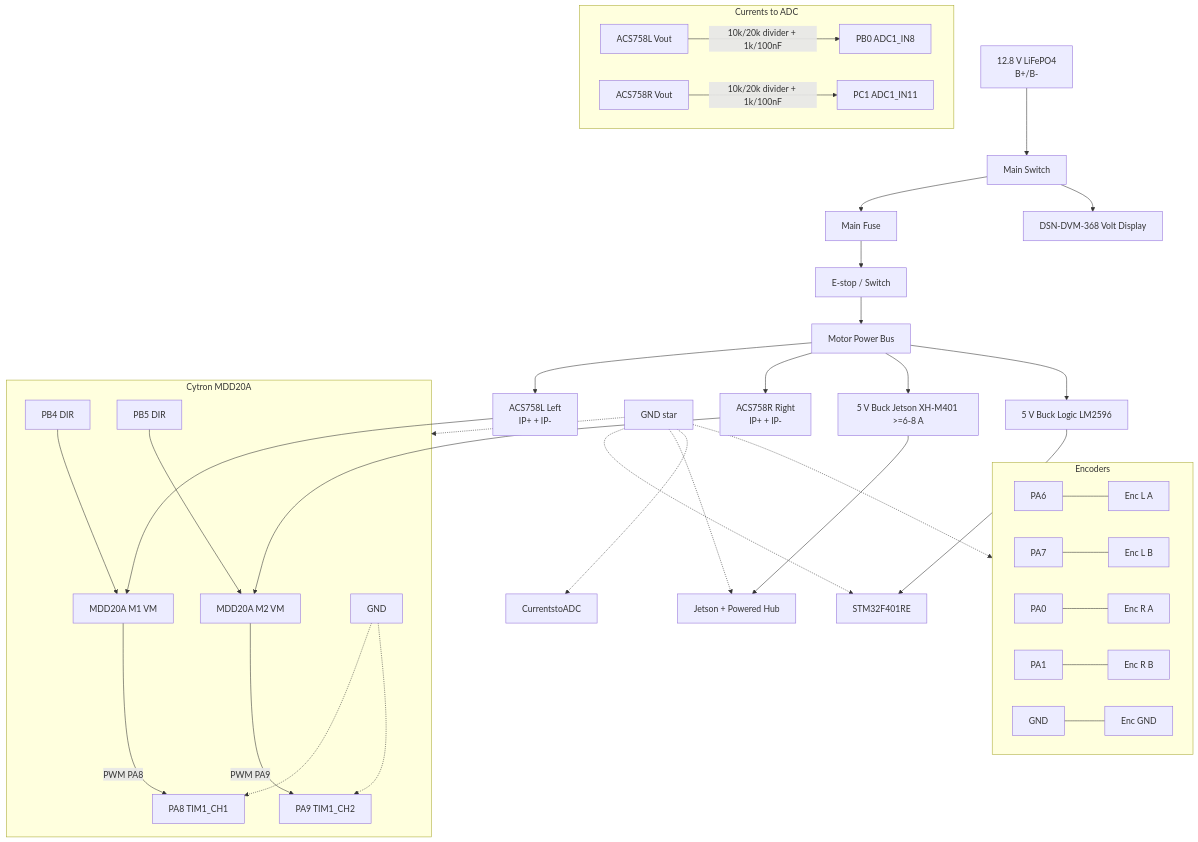
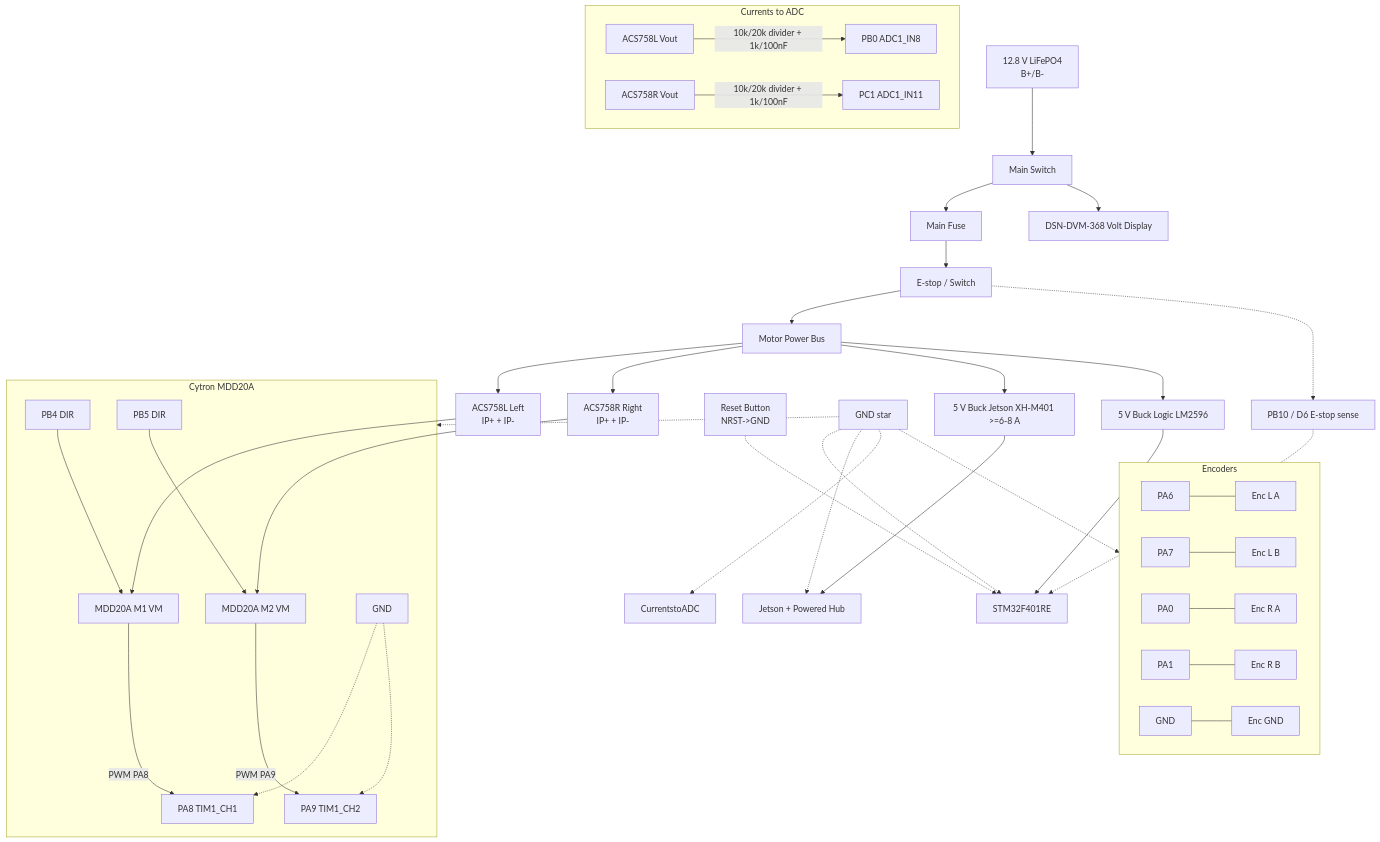
Before and after one commit to KartikMehta-1/AMR-development: the diagram in docs/wiring_schematic.md, drawn with Mermaid. The commit also changed other lines of this file and 10 other files, not shown here.

Commit message:
Added E-stop & reset button functionality

````diff
--- a/docs/wiring_schematic.md
+++ b/docs/wiring_schematic.md
@@ -53,44 +53,47 @@
 ```mermaid
 graph TD
   BATT[12.8 V LiFePO4<br/>B+/B-] --> MSW[Main Switch]
   MSW --> FUSE[Main Fuse]
   FUSE --> ESTOP[E-stop / Switch]
   ESTOP --> VM[Motor Power Bus]
+  ESTOP -.-> ESTOP_SENSE[PB10 / D6 E-stop sense]
   MSW --> DVM[DSN-DVM-368 Volt Display]
   VM --> CS_L[ACS758L Left<br/>IP+ + IP-]
   VM --> CS_R[ACS758R Right<br/>IP+ + IP-]
   CS_L --> MDD_L[MDD20A M1 VM]
   CS_R --> MDD_R[MDD20A M2 VM]
 
   subgraph MDD[Cytron MDD20A]
     MDD_L -- PWM PA8 --> PWM1[PA8 TIM1_CH1]
     MDD_R -- PWM PA9 --> PWM2[PA9 TIM1_CH2]
     DIRL[PB4 DIR] --> MDD_L
     DIRR[PB5 DIR] --> MDD_R
     GNDMDD[GND] -.-> PWM1
     GNDMDD -.-> PWM2
   end
 
   subgraph Encoders
     ENC_LA[PA6] --- ENCL[Enc L A]
     ENC_LB[PA7] --- ENCLB[Enc L B]
     ENC_RA[PA0] --- ENCR[Enc R A]
     ENC_RB[PA1] --- ENCRB[Enc R B]
     ENC_GND[GND] --- ENCG[Enc GND]
   end
 
   subgraph Currents to ADC
     CS_L_V[ACS758L Vout] -->|10k/20k divider + 1k/100nF| ADC_L[PB0 ADC1_IN8]
     CS_R_V[ACS758R Vout] -->|10k/20k divider + 1k/100nF| ADC_R[PC1 ADC1_IN11]
   end
 
   VM --> BUCK5V[5 V Buck Jetson XH-M401 >=6-8 A]
   BUCK5V --> JET[Jetson + Powered Hub]
   VM --> BUCK5V_LOGIC[5 V Buck Logic LM2596]
   BUCK5V_LOGIC --> MCU[STM32F401RE]
+  ESTOP_SENSE -.-> MCU
+  RST_BTN[Reset Button<br/>NRST->GND] -.-> MCU
   GNDALL[GND star] -.-> MDD
   GNDALL -.-> MCU
   GNDALL -.-> JET
   GNDALL -.-> Encoders
   GNDALL -.-> CurrentstoADC
 ```
````
